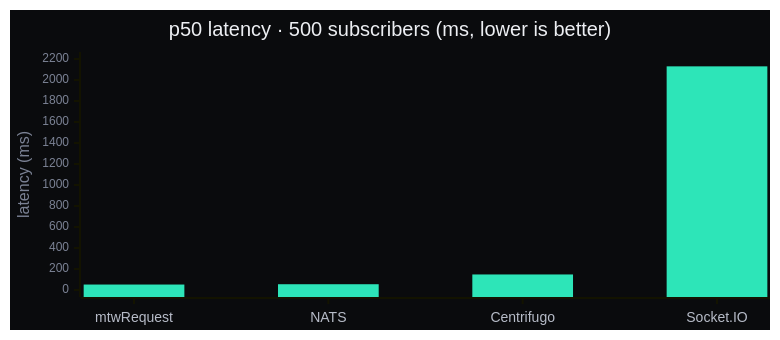
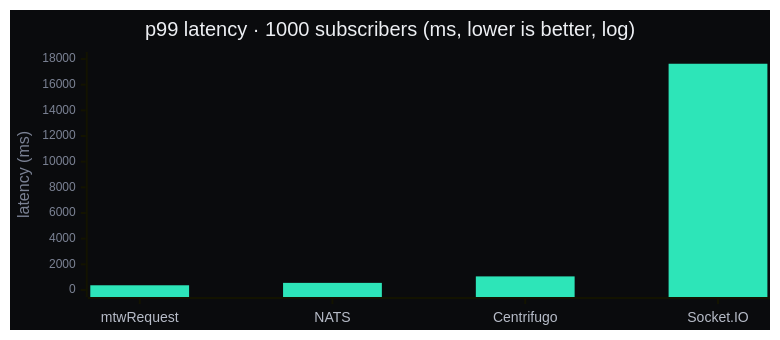
One commit to fastslack/mtwRequest changed the first of 2 diagrams in README.md. Above: the diagram before and after it, drawn with Mermaid. The commit also changed other lines of this file and 39 other files, not shown here.

````diff
--- a/README.md
+++ b/README.md
@@ -396,26 +418,24 @@
 ```mermaid
 ---
 config:
   xyChart:
     width: 760
     height: 320
-    xAxis:
-      labelFontSize: 14
-    yAxis:
-      labelFontSize: 12
+    xAxis: { labelFontSize: 14 }
+    yAxis: { labelFontSize: 12 }
   themeVariables:
     xyChart:
       plotColorPalette: "#2DE5B8"
       backgroundColor: "#0A0B0D"
       titleColor: "#EDEFF3"
       xAxisLabelColor: "#B7BCC8"
       yAxisLabelColor: "#7B8294"
       xAxisTitleColor: "#7B8294"
       yAxisTitleColor: "#7B8294"
 ---
 xychart-beta
-  title "p50 latency · 500 subscribers (ms, lower is better)"
+  title "p99 latency · 1000 subscribers (ms, lower is better, log)"
   x-axis ["mtwRequest", "NATS", "Centrifugo", "Socket.IO"]
-  y-axis "latency (ms)" 0 --> 2200
-  bar [52, 55, 148, 2130]
+  y-axis "latency (ms)" 0 --> 18000
+  bar [368, 555, 1060, 17630]
 ```
````
